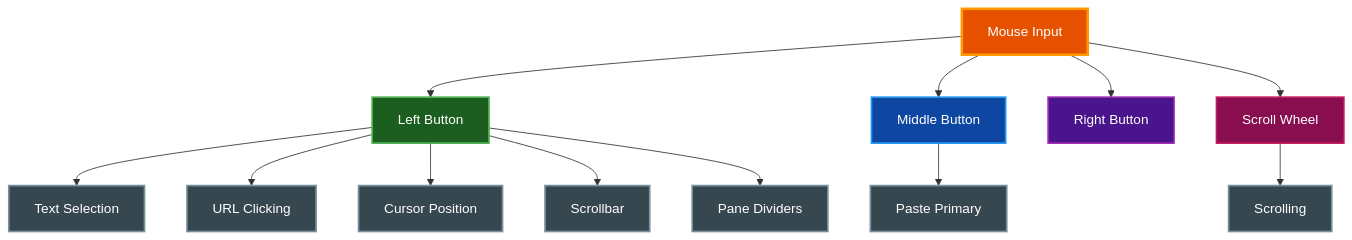
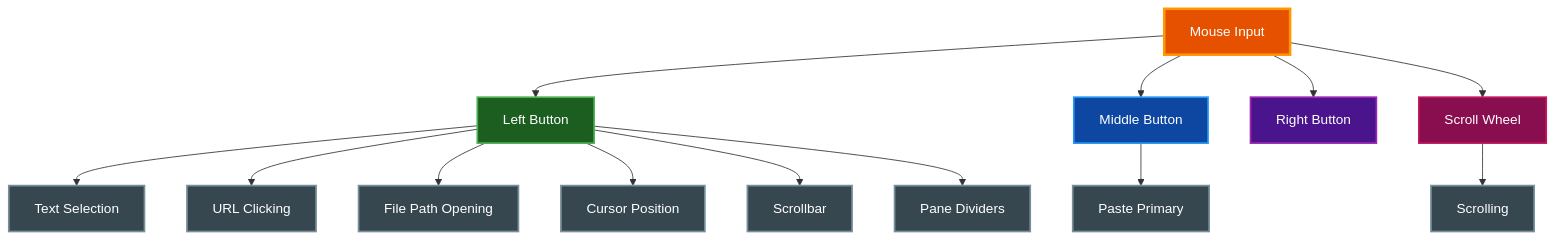
One commit to paulrobello/par-term changed the diagram in docs/MOUSE_FEATURES.md. Above: the diagram before and after it, drawn with Mermaid. The commit also changed other lines of this file and 12 other files, not shown here.

````diff
--- a/docs/MOUSE_FEATURES.md
+++ b/docs/MOUSE_FEATURES.md
@@ -20,35 +21,37 @@
 ```mermaid
 graph TD
     Mouse[Mouse Input]
     Left[Left Button]
     Middle[Middle Button]
     Right[Right Button]
     Wheel[Scroll Wheel]
 
     Mouse --> Left
     Mouse --> Middle
     Mouse --> Right
     Mouse --> Wheel
 
     Left --> Selection[Text Selection]
     Left --> URLs[URL Clicking]
+    Left --> Files[File Path Opening]
     Left --> Cursor[Cursor Position]
     Left --> Scrollbar[Scrollbar]
     Left --> Divider[Pane Dividers]
 
     Middle --> Paste[Paste Primary]
     Wheel --> Scroll[Scrolling]
 
     style Mouse fill:#e65100,stroke:#ff9800,stroke-width:3px,color:#ffffff
     style Left fill:#1b5e20,stroke:#4caf50,stroke-width:2px,color:#ffffff
     style Middle fill:#0d47a1,stroke:#2196f3,stroke-width:2px,color:#ffffff
     style Right fill:#4a148c,stroke:#9c27b0,stroke-width:2px,color:#ffffff
     style Wheel fill:#880e4f,stroke:#c2185b,stroke-width:2px,color:#ffffff
     style Selection fill:#37474f,stroke:#78909c,stroke-width:2px,color:#ffffff
     style URLs fill:#37474f,stroke:#78909c,stroke-width:2px,color:#ffffff
+    style Files fill:#37474f,stroke:#78909c,stroke-width:2px,color:#ffffff
     style Cursor fill:#37474f,stroke:#78909c,stroke-width:2px,color:#ffffff
     style Scrollbar fill:#37474f,stroke:#78909c,stroke-width:2px,color:#ffffff
     style Divider fill:#37474f,stroke:#78909c,stroke-width:2px,color:#ffffff
     style Paste fill:#37474f,stroke:#78909c,stroke-width:2px,color:#ffffff
     style Scroll fill:#37474f,stroke:#78909c,stroke-width:2px,color:#ffffff
 ```
````
